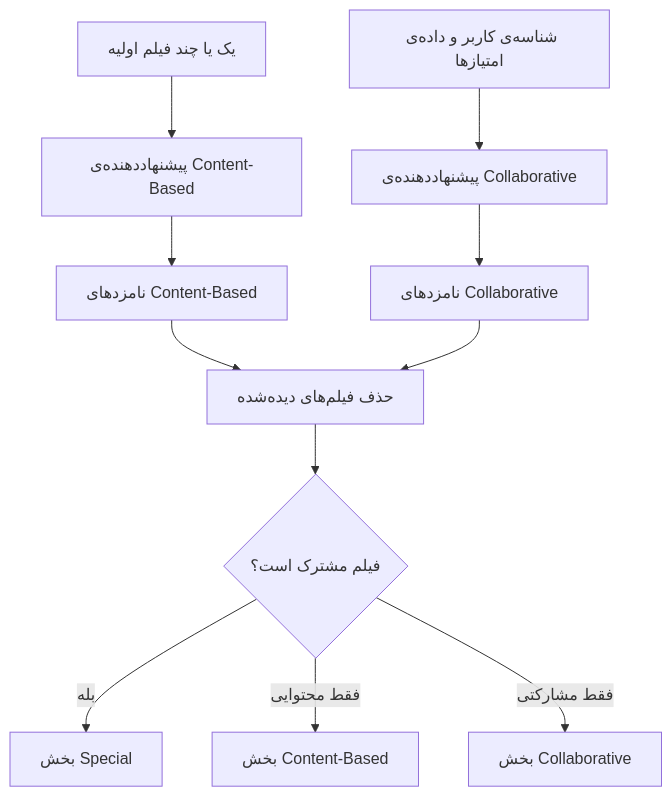
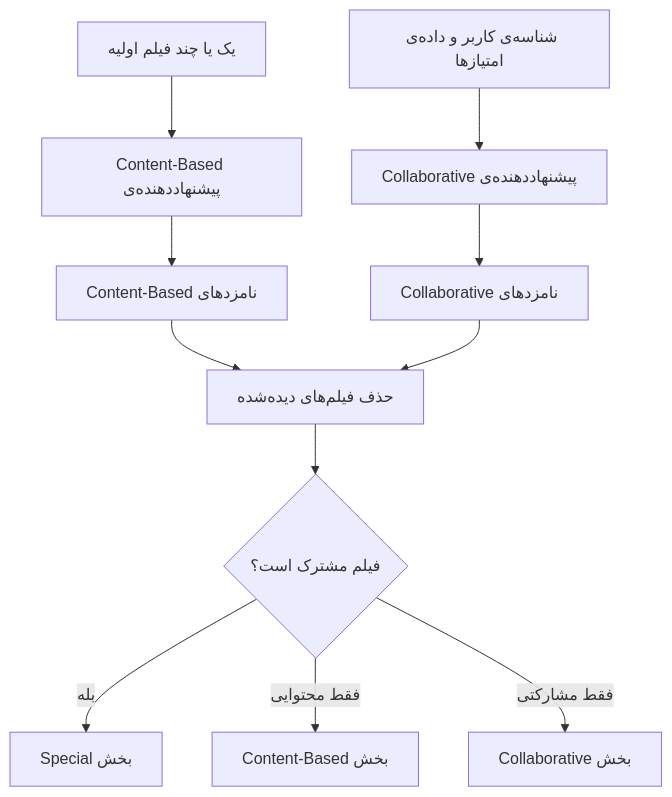
One commit to Hosein-imani/hybrid-recommendation-system changed the second of 2 diagrams in docs/hybrid.md. Above: the diagram before and after it, drawn with Mermaid. The commit also changed other lines of this file, not shown here.

```diff
--- a/docs/hybrid.md
+++ b/docs/hybrid.md
@@ -125,13 +125,13 @@
 ~~~mermaid
 flowchart TD
-    A[یک یا چند فیلم اولیه] --> B[پیشنهاددهنده‌ی Content-Based]
-    U[شناسه‌ی کاربر و داده‌ی امتیازها] --> C[پیشنهاددهنده‌ی Collaborative]
-    B --> D[نامزدهای Content-Based]
-    C --> E[نامزدهای Collaborative]
+    A[یک یا چند فیلم اولیه] --> B[Content-Based پیشنهاددهنده‌ی]
+    U[شناسه‌ی کاربر و داده‌ی امتیازها] --> C[Collaborative پیشنهاددهنده‌ی]
+    B --> D[Content-Based نامزدهای]
+    C --> E[Collaborative نامزدهای]
     D --> F[حذف فیلم‌های دیده‌شده]
     E --> F
     F --> G{فیلم مشترک است؟}
-    G -->|بله| H[بخش Special]
-    G -->|فقط محتوایی| I[بخش Content-Based]
-    G -->|فقط مشارکتی| J[بخش Collaborative]
+    G -->|بله| H[Special بخش]
+    G -->|فقط محتوایی| I[Content-Based بخش]
+    G -->|فقط مشارکتی| J[Collaborative بخش]
 ~~~
```
